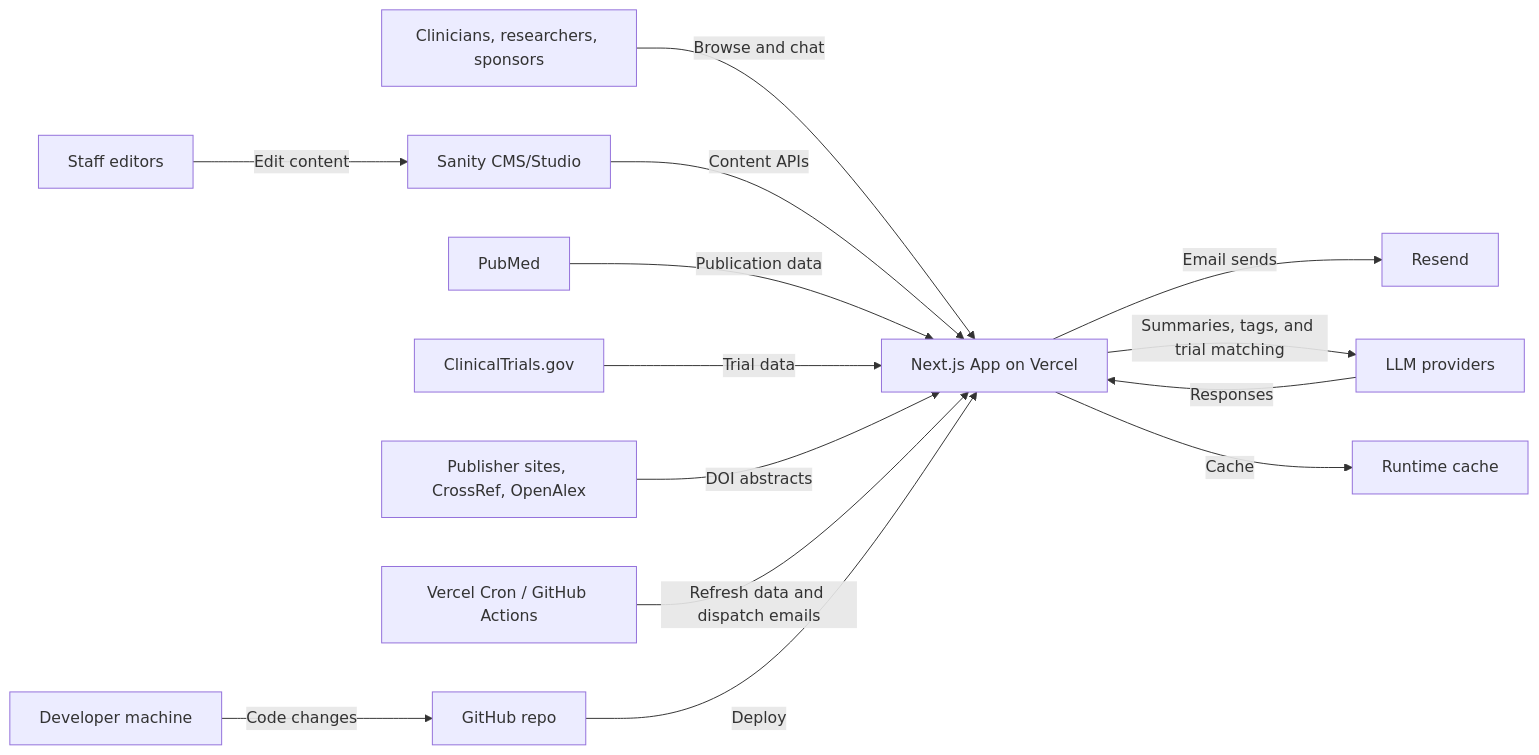
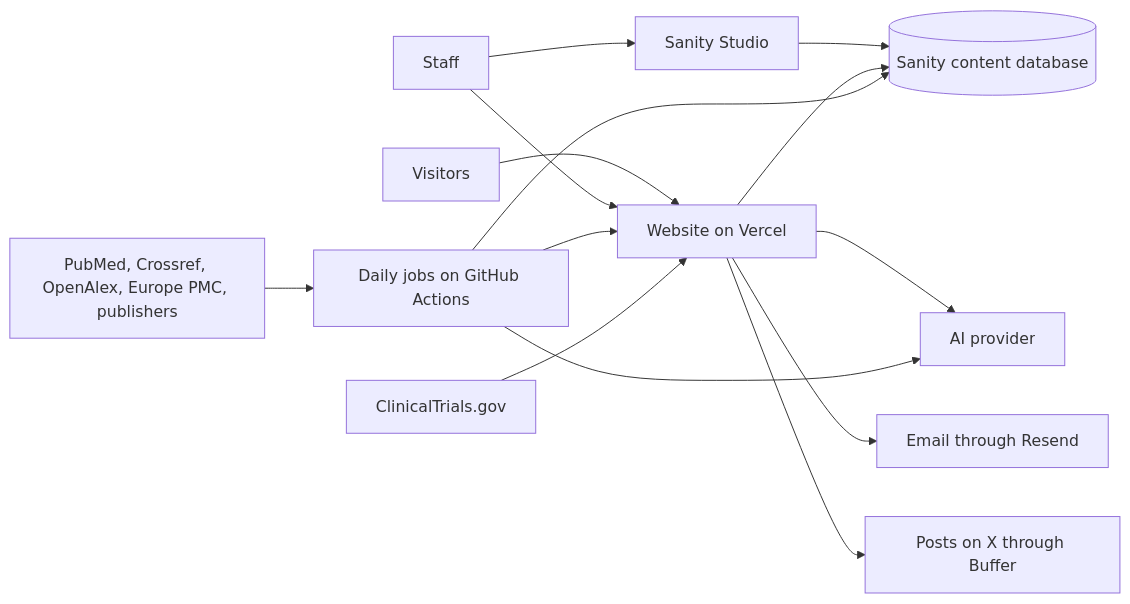
Before and after one commit to proshano/KCRU-website: the diagram in README.md, drawn with Mermaid. The commit also changed other lines of this file, not shown here.

````diff
--- a/README.md
+++ b/README.md
@@ -52,18 +201,16 @@
 ```mermaid
 flowchart LR
-  Browser[Clinicians, researchers, sponsors] -->|Browse and chat| Next[Next.js App on Vercel]
-  Staff[Staff editors] -->|Edit content| Sanity[Sanity CMS/Studio]
-  Sanity -->|Content APIs| Next
-
-  Next -->|Email sends| Resend[Resend]
-  PubMed[PubMed] -->|Publication data| Next
-  ClinicalTrials[ClinicalTrials.gov] -->|Trial data| Next
-  DOI[Publisher sites, CrossRef, OpenAlex] -->|DOI abstracts| Next
-  Next -->|Summaries, tags, and trial matching| LLM[LLM providers]
-  LLM -->|Responses| Next
-  Next -->|Cache| Runtime[Runtime cache]
-
-  Cron[Vercel Cron / GitHub Actions] -->|Refresh data and dispatch emails| Next
-  GitHub[GitHub repo] -->|Deploy| Next
-  Developer[Developer machine] -->|Code changes| GitHub
+  Visitors[Visitors] --> Site[Website on Vercel]
+  Staff[Staff] --> Site
+  Staff --> Studio[Sanity Studio]
+  Studio --> Sanity[(Sanity content database)]
+  Site --> Sanity
+  Sources[PubMed, Crossref, OpenAlex, Europe PMC, publishers] --> Jobs[Daily jobs on GitHub Actions]
+  Jobs --> Sanity
+  Jobs --> Site
+  CTgov[ClinicalTrials.gov] --> Site
+  Site --> AI[AI provider]
+  Jobs --> AI
+  Site --> Resend[Email through Resend]
+  Site --> Buffer[Posts on X through Buffer]
 ```
````
